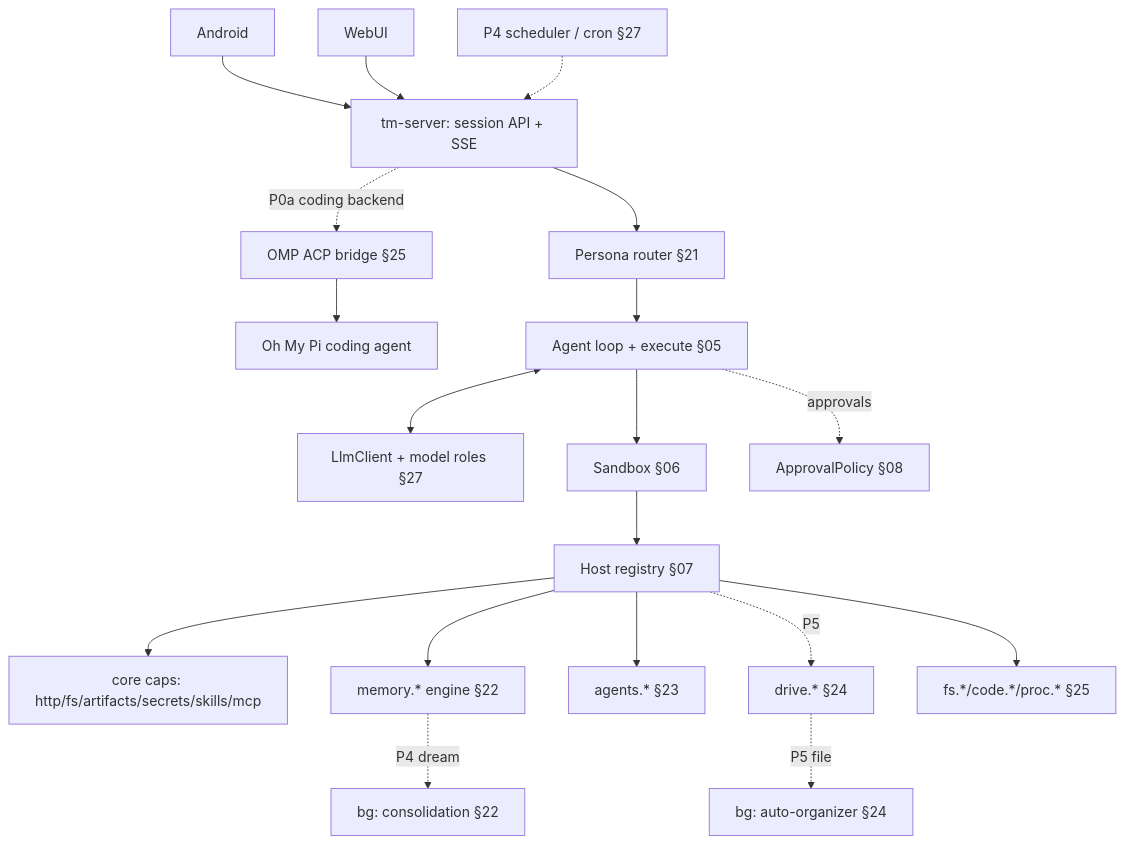
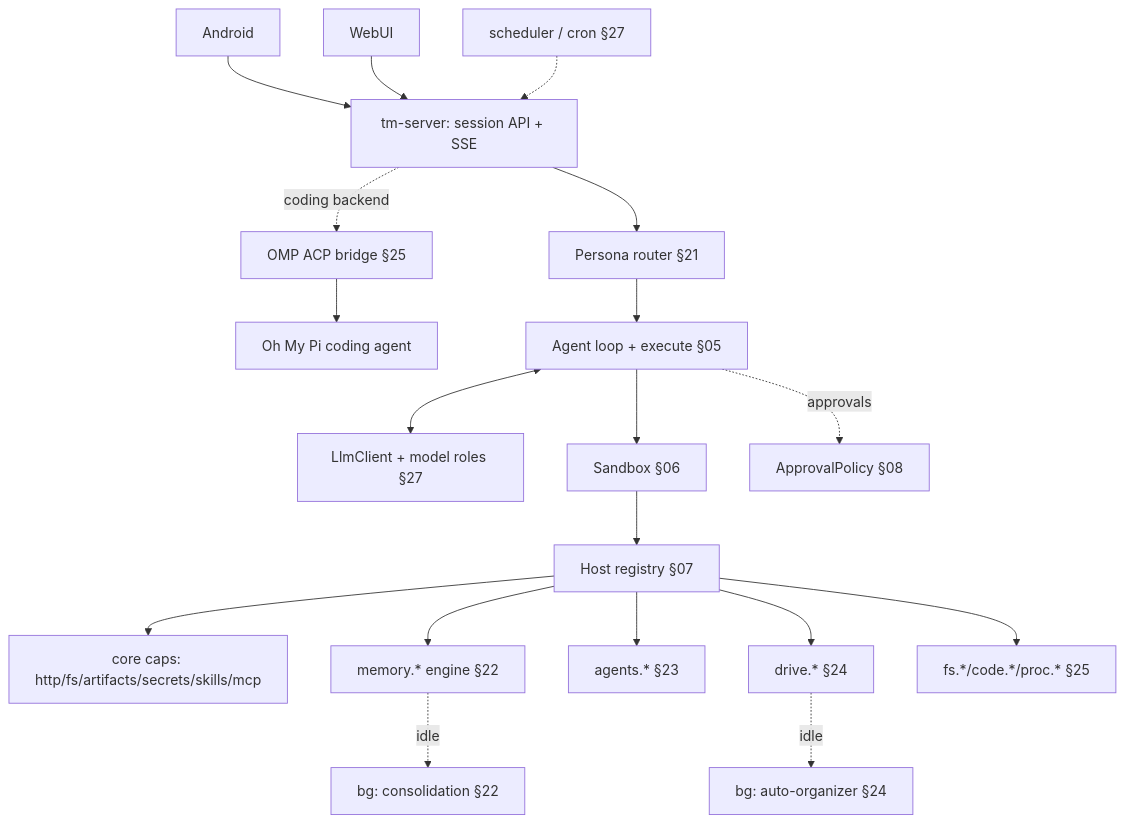
Before and after one commit to mozufu/TempestMiku: the diagram in docs/design/product/20-product-overview.md, drawn with Mermaid. The commit also changed other lines of this file and 30 other files, not shown here.

````diff
--- a/docs/design/product/20-product-overview.md
+++ b/docs/design/product/20-product-overview.md
@@ -54,21 +53,21 @@
 ```mermaid
 flowchart TD
     AND[Android] --> SRV
     WEB[WebUI] --> SRV
-    SCHED[P4 scheduler / cron §27] -.-> SRV
+    SCHED[scheduler / cron §27] -.-> SRV
     SRV[tm-server: session API + SSE] --> RT[Persona router §21]
-    SRV -.P0a coding backend.-> OACP[OMP ACP bridge §25]
+    SRV -.coding backend.-> OACP[OMP ACP bridge §25]
     OACP --> OMP[Oh My Pi coding agent]
     RT --> LOOP[Agent loop + execute §05]
     LOOP <--> LLM[LlmClient + model roles §27]
     LOOP --> SBX[Sandbox §06]
     SBX --> REG[Host registry §07]
     REG --> CORE[core caps: http/fs/artifacts/secrets/skills/mcp]
     REG --> MEM[memory.* engine §22]
     REG --> AGT[agents.* §23]
-    REG -.P5.-> DRV[drive.* §24]
+    REG --> DRV[drive.* §24]
     REG --> CODE[fs.*/code.*/proc.* §25]
     LOOP -.approvals.-> APV[ApprovalPolicy §08]
-    MEM -.P4 dream.-> DREAM[bg: consolidation §22]
-    DRV -.P5 file.-> ORG[bg: auto-organizer §24]
+    MEM -.idle.-> DREAM[bg: consolidation §22]
+    DRV -.idle.-> ORG[bg: auto-organizer §24]
 ```
````
